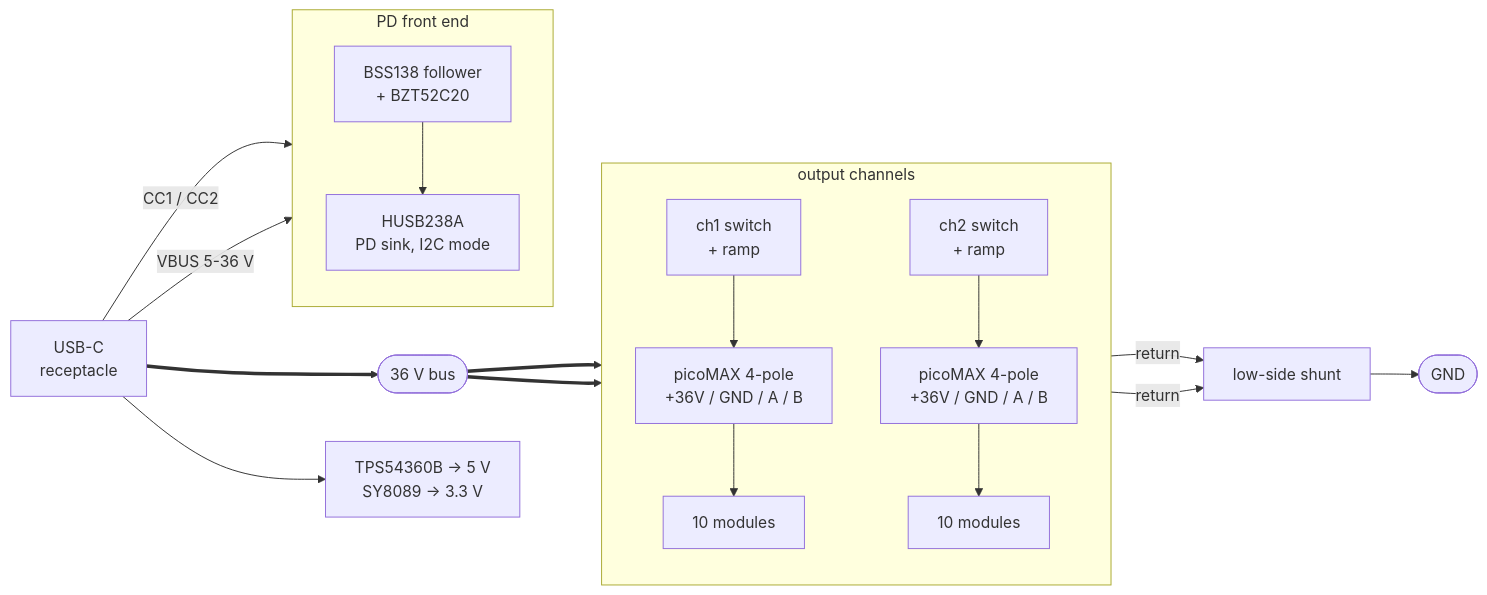
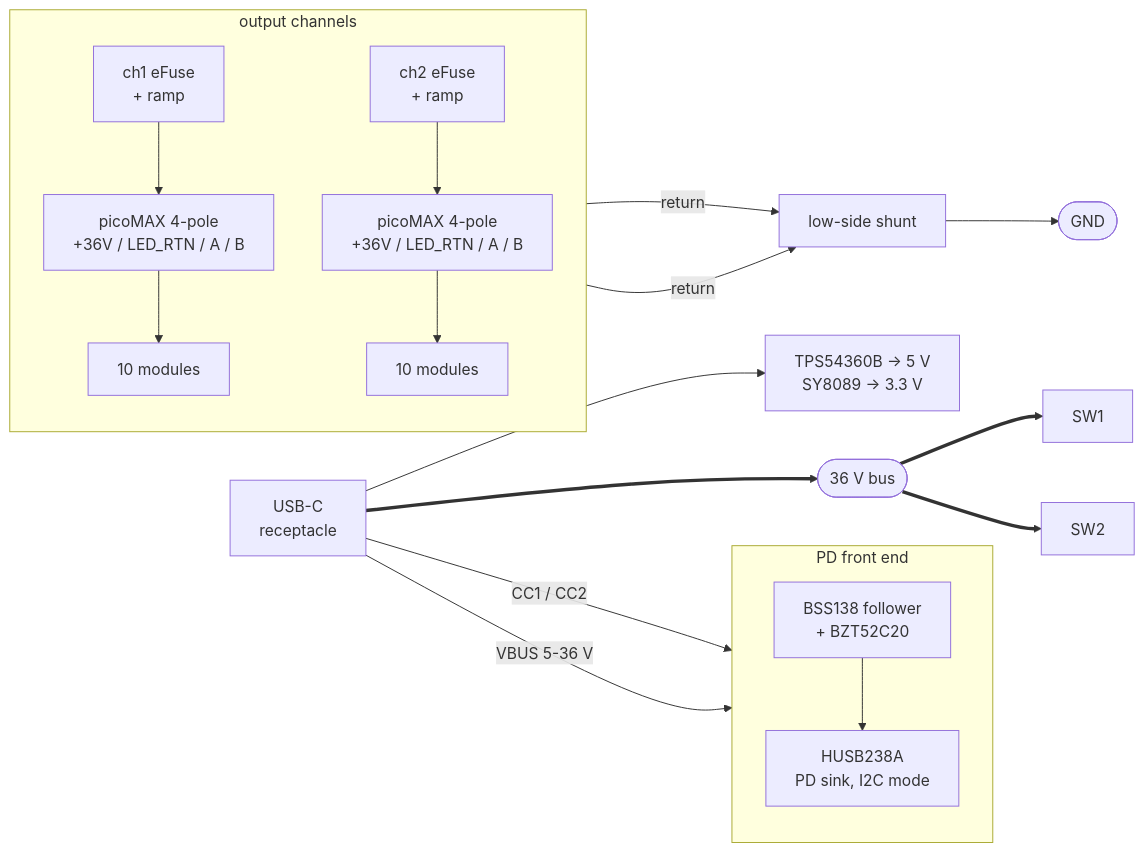
One commit to lucsoft/pcb-design changed the first of 4 diagrams in designs/led-matrix-controller/README.md. Above: the diagram before and after it, drawn with Mermaid. The commit also changed other lines of this file and 9 other files, not shown here.

````diff
--- a/designs/led-matrix-controller/README.md
+++ b/designs/led-matrix-controller/README.md
@@ -69,32 +69,32 @@
 ```mermaid
 flowchart LR
     USBC["USB-C<br/>receptacle"]
 
     subgraph FE["PD front end"]
         direction TB
         RZ["BSS138 follower<br/>+ BZT52C20"]
         PD["HUSB238A<br/>PD sink, I2C mode"]
     end
 
     BUS(["36 V bus"])
 
     subgraph CH["output channels"]
         direction TB
-        SW1["ch1 switch<br/>+ ramp"] --> CN1["picoMAX 4-pole<br/>+36V / GND / A / B"] --> M1["10 modules"]
-        SW2["ch2 switch<br/>+ ramp"] --> CN2["picoMAX 4-pole<br/>+36V / GND / A / B"] --> M2["10 modules"]
+        EF1["ch1 eFuse<br/>+ ramp"] --> CN1["picoMAX 4-pole<br/>+36V / LED_RTN / A / B"] --> M1["10 modules"]
+        EF2["ch2 eFuse<br/>+ ramp"] --> CN2["picoMAX 4-pole<br/>+36V / LED_RTN / A / B"] --> M2["10 modules"]
     end
 
     RAILS["TPS54360B -> 5 V<br/>SY8089 -> 3.3 V"]
     SHUNT["low-side shunt"]
     GND(["GND"])
 
     USBC -->|"CC1 / CC2"| PD
     USBC -->|"VBUS 5-36 V"| RZ --> PD
     USBC --> RAILS
     USBC ==> BUS
     BUS ==> SW1
     BUS ==> SW2
     M1 -->|return| SHUNT
     M2 -->|return| SHUNT
     SHUNT --> GND
 ```
````
